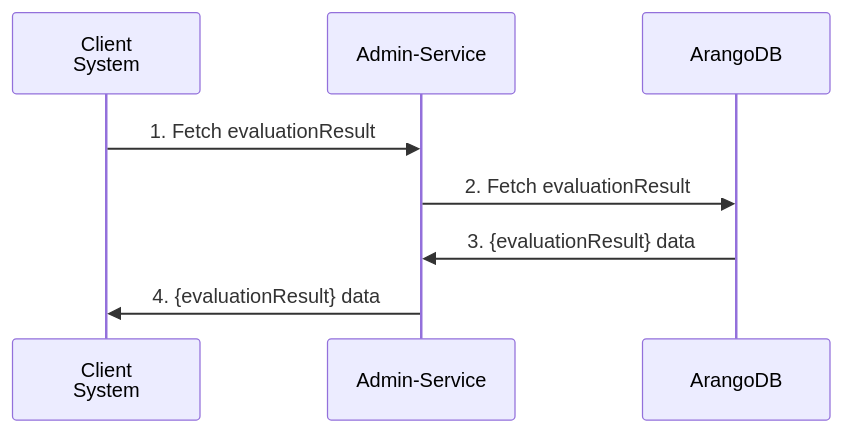
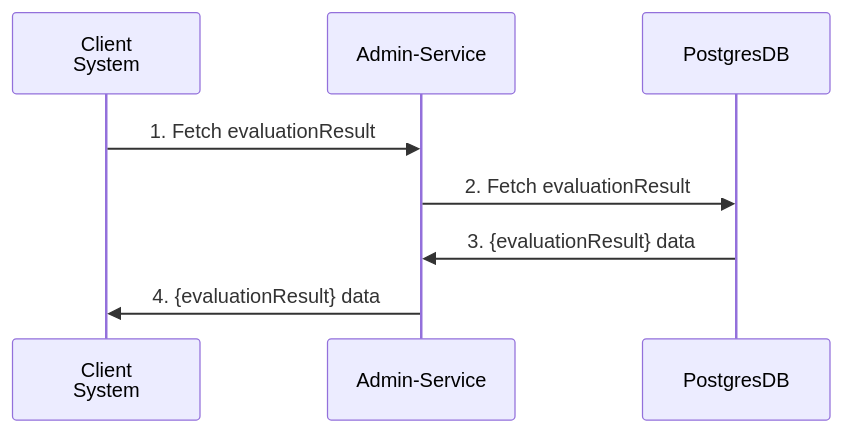
The first of 2 diagrams in README.md (tazama-lf/admin-service), drawn with Mermaid before and after one commit. The commit also changed other lines of this file, not shown here.

````diff
--- a/README.md
+++ b/README.md
@@ -59,11 +59,11 @@
 ```mermaid
 sequenceDiagram
     participant Client as Client<br>System
     participant ADMIN as Admin-Service    
-    participant DB as ArangoDB
+    participant DB as PostgresDB
 
 Client ->> ADMIN: 1. Fetch evaluationResult
 ADMIN->> DB: 2. Fetch evaluationResult 
 DB->> ADMIN: 3. {evaluationResult} data
 ADMIN->> Client: 4. {evaluationResult} data
 ```
````
